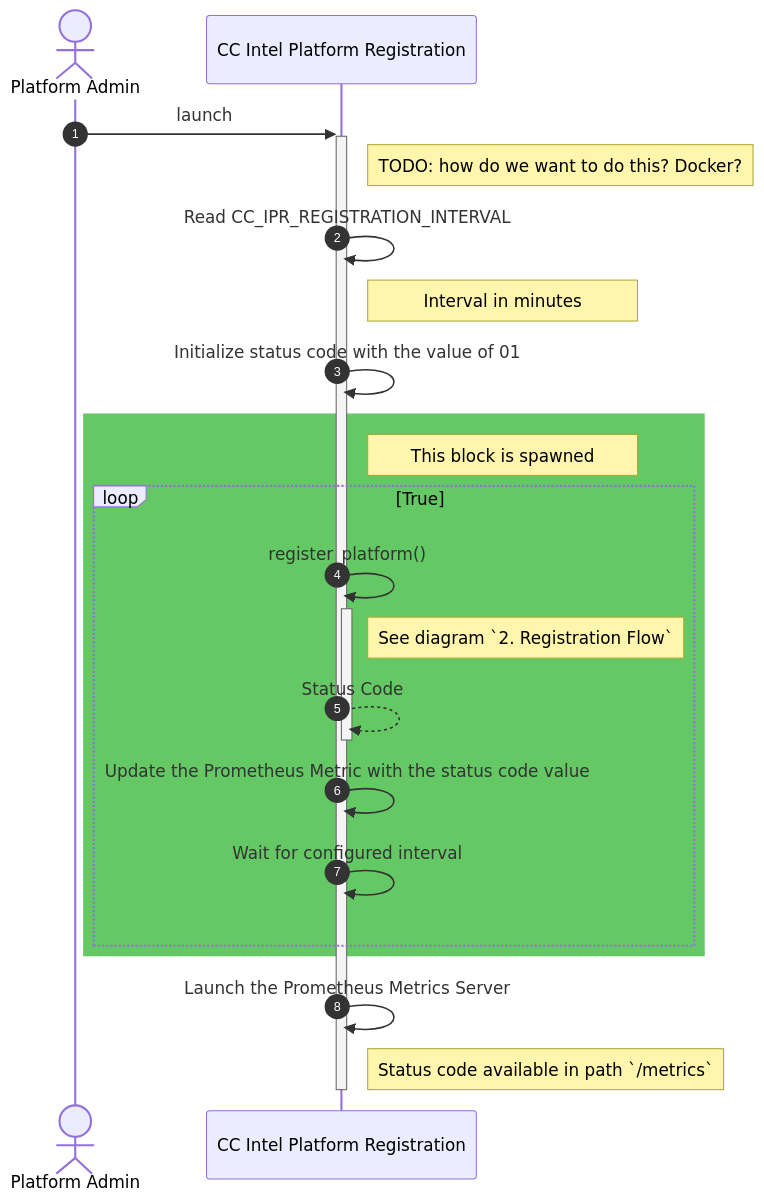
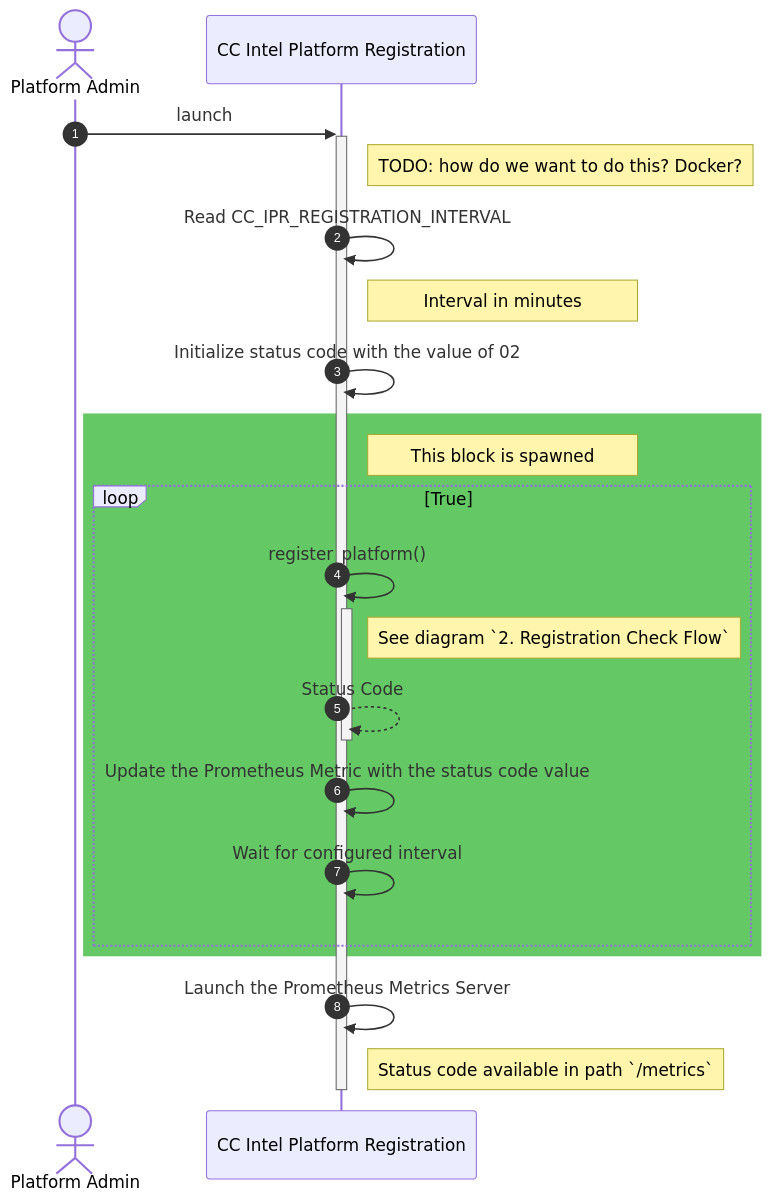
The first of 4 diagrams in docs/sequence_diagrams/registration.md (opensovereigncloud/cc-intel-platform-registration), drawn with Mermaid before and after one commit. The commit also changed other lines of this file, not shown here.

````diff
--- a/docs/sequence_diagrams/registration.md
+++ b/docs/sequence_diagrams/registration.md
@@ -40,34 +41,34 @@
 ```mermaid
 sequenceDiagram
     actor admin as Platform Admin
     participant cc_ipr as CC Intel Platform Registration
     
     autonumber
 
     admin->>+cc_ipr: launch
         note right of cc_ipr: TODO: how do we want to do this? Docker?
 
         cc_ipr->>cc_ipr: Read CC_IPR_REGISTRATION_INTERVAL
         note right of cc_ipr: Interval in minutes
 
-        cc_ipr->>cc_ipr: Initialize status code with the value of 01
+        cc_ipr->>cc_ipr: Initialize status code with the value of 02
 
         rect rgb(100, 200, 100)
             note right of cc_ipr: This block is spawned
             
             loop True
                 cc_ipr->>+cc_ipr: register_platform()
-                    note right of cc_ipr: See diagram `2. Registration Flow`
+                    note right of cc_ipr: See diagram `2. Registration Check Flow`
                 cc_ipr-->>-cc_ipr: Status Code
 
                 cc_ipr->>cc_ipr: Update the Prometheus Metric with the status code value
 
                 cc_ipr->>cc_ipr: Wait for configured interval
             end
         end
 
         cc_ipr->>cc_ipr: Launch the Prometheus Metrics Server
         note right of cc_ipr: Status code available in path `/metrics`
 
     deactivate cc_ipr
 ```
````
